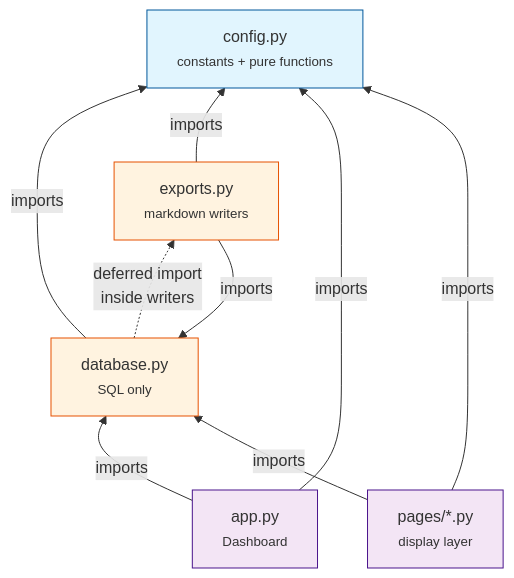
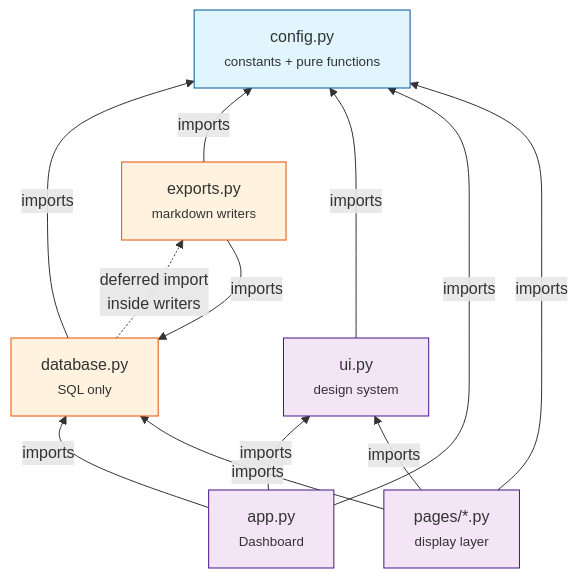
Before and after one commit to YuZh98/academic-application-tracker: the diagram in DESIGN.md, drawn with Mermaid. The commit also changed other lines of this file and 6 other files, not shown here.

````diff
--- a/DESIGN.md
+++ b/DESIGN.md
@@ -47,25 +47,29 @@
 ```mermaid
 flowchart BT
     config[config.py<br/><small>constants + pure functions</small>]
     database[database.py<br/><small>SQL only</small>]
     exports[exports.py<br/><small>markdown writers</small>]
+    ui[ui.py<br/><small>design system</small>]
     pages[pages/*.py<br/><small>display layer</small>]
     app[app.py<br/><small>Dashboard</small>]
 
     database -->|imports| config
     exports -->|imports| config
     exports -->|imports| database
+    ui -->|imports| config
     app -->|imports| config
     app -->|imports| database
+    app -->|imports| ui
     pages -->|imports| config
     pages -->|imports| database
+    pages -->|imports| ui
 
     database -.->|deferred import<br/>inside writers| exports
 
     classDef leaf fill:#e1f5fe,stroke:#01579b
     classDef data fill:#fff3e0,stroke:#e65100
     classDef ui fill:#f3e5f5,stroke:#4a148c
     class config leaf
     class database,exports data
-    class app,pages ui
+    class app,pages,ui ui
 ```
````
